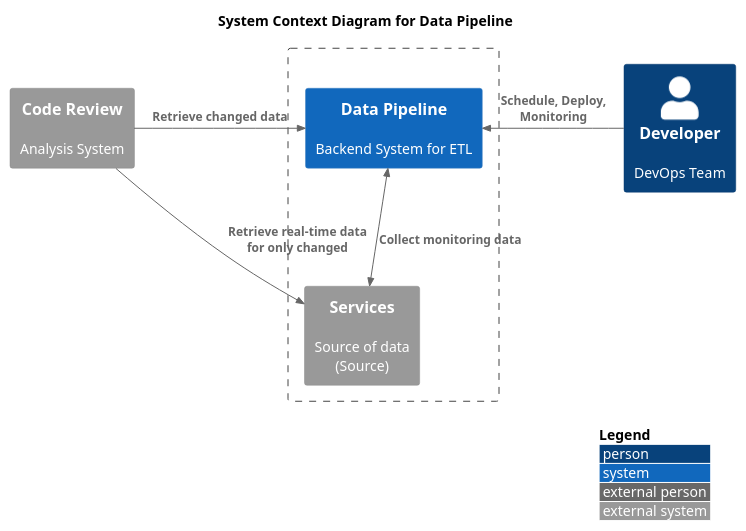
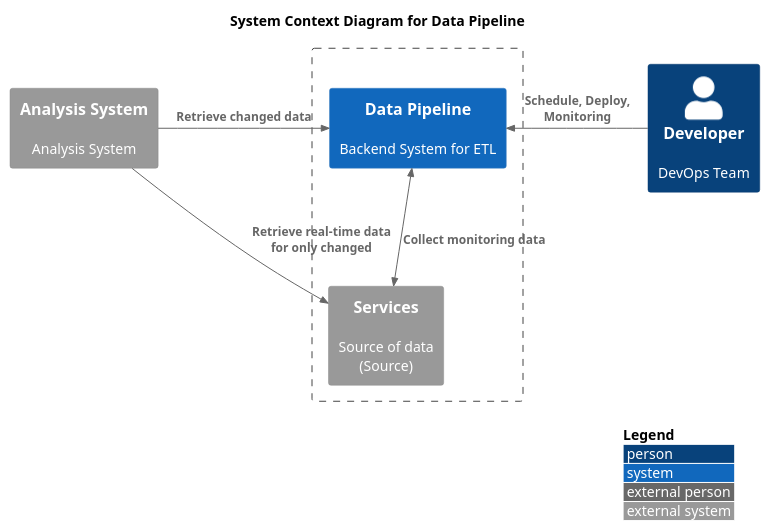
Before and after one commit to yanghoon/obsidian-workspace: the first of 2 diagrams in _diary/2024-06-19.md, drawn with PlantUML.

Commit message:
vault backup: 2024-06-21 19:33:03

````diff
--- a/_diary/2024-06-19.md
+++ b/_diary/2024-06-19.md
@@ -3,20 +3,20 @@
 ```plantuml
 !include <C4/C4_Context.puml>
 
 LAYOUT_TOP_DOWN()
 LAYOUT_WITH_LEGEND()
 
 title System Context Diagram for Data Pipeline
 
-System_Ext(analysis, "Code Review", "Analysis System")
+System_Ext(analysis, "Analysis System", "Analysis System")
 Boundary(system, "") {
 	System_Ext(service, "Services", "Source of data\n(Source)")
 	System(app, "Data Pipeline", "Backend System for ETL")
 }
 Person(developer, "Developer", "DevOps Team")
 
 Rel_Right(analysis, app, "Retrieve changed data")
 Rel_Right(analysis, service, "Retrieve real-time data for only changed")
 Rel_Left(developer, app, "Schedule, Deploy, Monitoring")
 BiRel(app, service, "Collect monitoring data")
 ```
````
